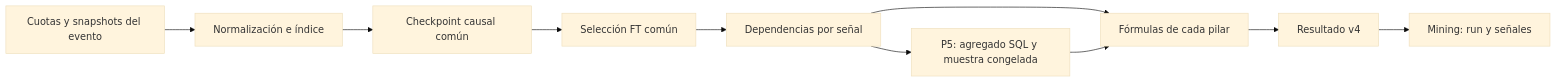
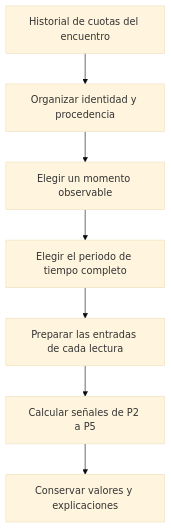
One commit to GadielRP/scraping_with_api changed the diagram in docs/pillars/market-evaluation-v1.md. Above: the diagram before and after it, drawn with Mermaid (base theme). The commit also changed other lines of this file and 9 other files, not shown here.

````diff
--- a/docs/pillars/market-evaluation-v1.md
+++ b/docs/pillars/market-evaluation-v1.md
@@ -10,12 +17,9 @@
 ```mermaid
-flowchart LR
-    A[Cuotas y snapshots del evento] --> B[Normalización e índice]
-    B --> C[Checkpoint causal común]
-    C --> D[Selección FT común]
-    D --> E[Dependencias por señal]
-    E --> F[Fórmulas de cada pilar]
-    F --> G[Resultado v4]
-    G --> H[Mining: run y señales]
-    E --> I[P5: agregado SQL y muestra congelada]
-    I --> F
+flowchart TD
+    A[Historial de cuotas del encuentro] --> B[Organizar identidad y procedencia]
+    B --> C[Elegir un momento observable]
+    C --> D[Elegir el periodo de tiempo completo]
+    D --> E[Preparar las entradas de cada lectura]
+    E --> F[Calcular señales de P2 a P5]
+    F --> G[Conservar valores y explicaciones]
 ```
````
